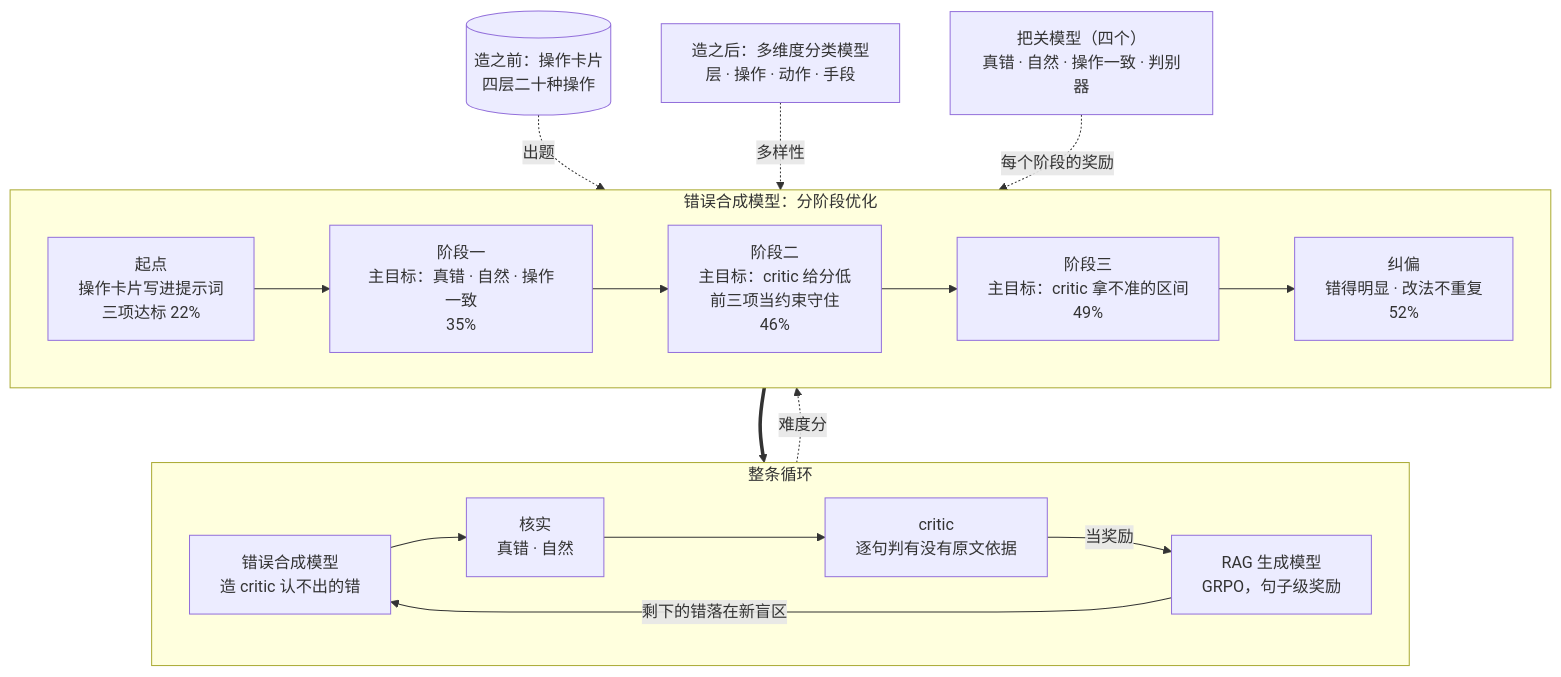
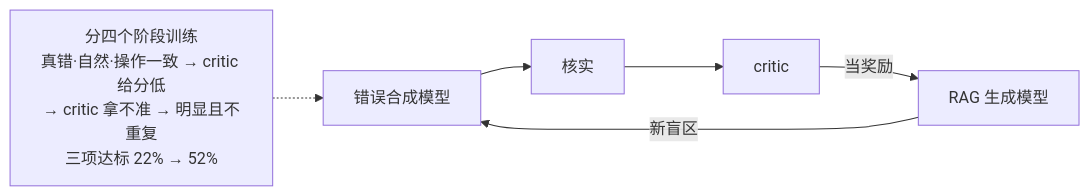
One commit to liaomingyue/claim-critic changed the diagram in docs/tech_share.md. Above: the diagram before and after it, drawn with Mermaid. The commit also changed other lines of this file, not shown here.

Commit message:
Docs: shorten the structure section to one small diagram and a one-line-per-part table

````diff
--- a/docs/tech_share.md
+++ b/docs/tech_share.md
@@ -24,30 +22,6 @@
 ```mermaid
-flowchart TB
-    subgraph LOOP["整条循环"]
-        direction LR
-        G["错误合成模型<br/>造 critic 认不出的错"] --> V["核实<br/>真错 · 自然"]
-        V --> C["critic<br/>逐句判有没有原文依据"]
-        C -->|当奖励| P["RAG 生成模型<br/>GRPO，句子级奖励"]
-        P -->|剩下的错落在新盲区| G
-    end
-
-    subgraph SYN["错误合成模型：分阶段优化"]
-        direction LR
-        S0["起点<br/>操作卡片写进提示词<br/>三项达标 22%"]
-        S1["阶段一<br/>主目标：真错 · 自然 · 操作一致<br/>35%"]
-        S2["阶段二<br/>主目标：critic 给分低<br/>前三项当约束守住<br/>46%"]
-        S3["阶段三<br/>主目标：critic 拿不准的区间<br/>49%"]
-        S4["纠偏<br/>错得明显 · 改法不重复<br/>52%"]
-        S0 --> S1 --> S2 --> S3 --> S4
-    end
-
-    CARD[("造之前：操作卡片<br/>四层二十种操作")]
-    GATE["把关模型（四个）<br/>真错 · 自然 · 操作一致 · 判别器"]
-    CLS["造之后：多维度分类模型<br/>层 · 操作 · 动作 · 手段"]
-
-    CARD -.->|出题| S0
-    GATE -.->|每个阶段的奖励| SYN
-    C -.->|难度分| S2
-    CLS -.->|多样性| S4
-    S4 ==> G
+flowchart LR
+    G["错误合成模型"] --> V["核实"] --> C["critic"] -->|当奖励| P["RAG 生成模型"]
+    P -->|新盲区| G
+    S["分四个阶段训练<br/>真错·自然·操作一致 → critic 给分低<br/>→ critic 拿不准 → 明显且不重复<br/>三项达标 22% → 52%"] -.-> G
 ```
````
